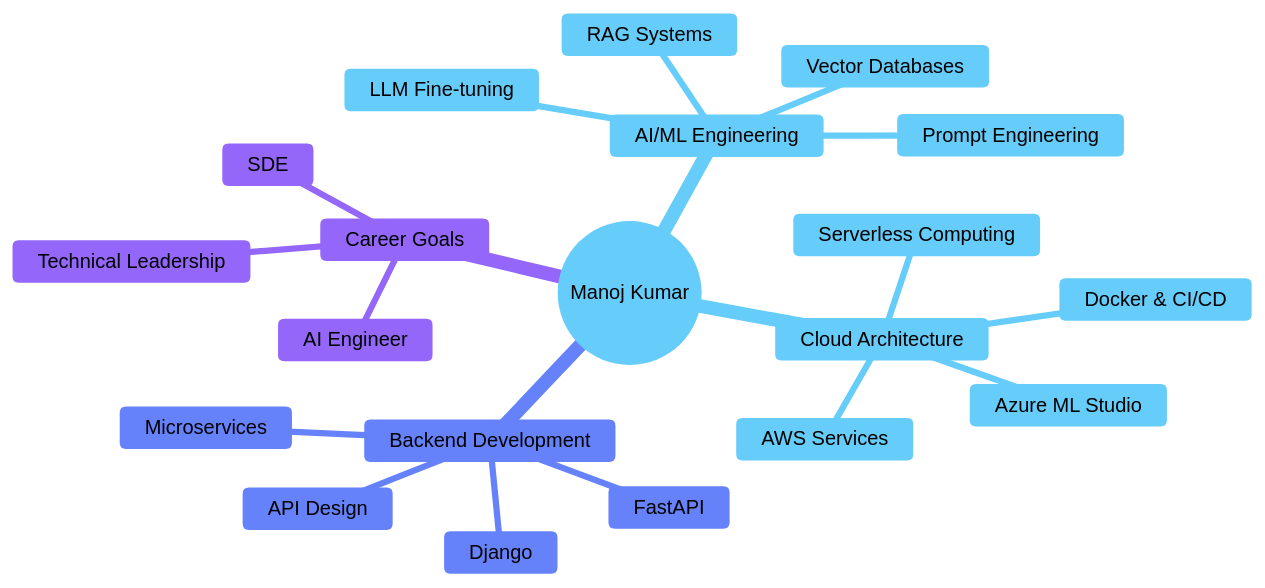
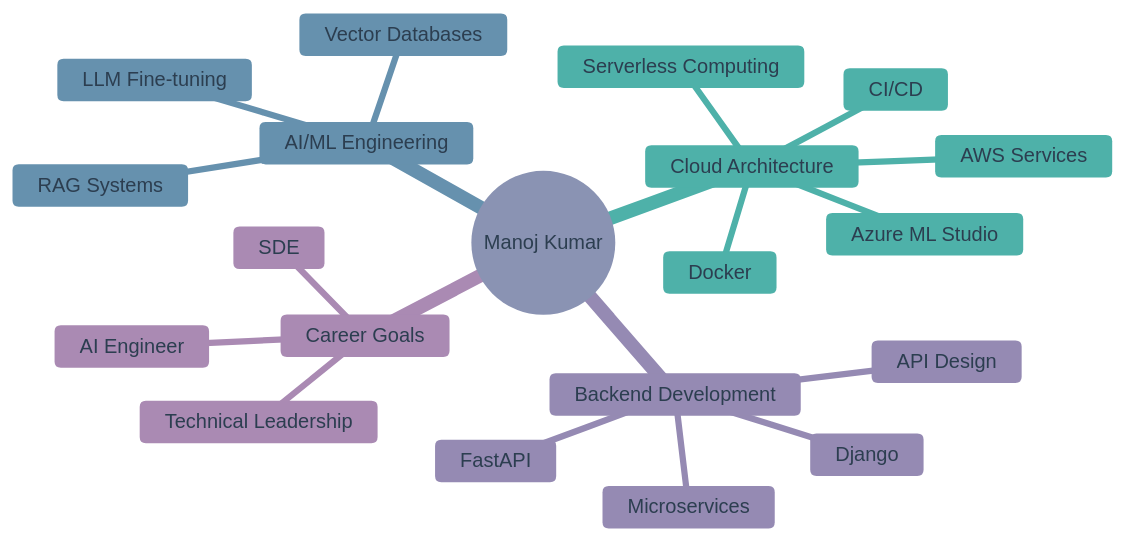
One commit to manojkp08/manojkp08 changed the diagram in README.md. Above: the diagram before and after it, drawn with Mermaid.

````diff
--- a/README.md
+++ b/README.md
@@ -252,25 +252,38 @@
 ```mermaid
 mindmap
   root((Manoj Kumar))
     AI/ML Engineering
       RAG Systems
       LLM Fine-tuning
       Vector Databases
-      Prompt Engineering
     Cloud Architecture
       AWS Services
       Azure ML Studio
-      Docker & CI/CD
+      Docker
+      CI/CD
       Serverless Computing
     Backend Development
       FastAPI
       Django
       Microservices
       API Design
     Career Goals
       AI Engineer
       SDE
       Technical Leadership
 
-%%{init: {'theme':'base', 'themeVariables': { 'primaryColor':'#e1f5fe','primaryTextColor':'#000000','primaryBorderColor':'#0288d1','lineColor':'#0288d1','secondaryColor':'#e1f5fe','secondaryTextColor':'#000000','secondaryBorderColor':'#0288d1','tertiaryColor':'#e1f5fe','tertiaryTextColor':'#000000','tertiaryBorderColor':'#0288d1','noteBkgColor':'#e1f5fe','noteTextColor':'#000000','noteBorderColor':'#0277bd'}}}%%
+%%{init: {'theme':'base', 'themeVariables': { 
+  'primaryColor': '#D7DAE5',
+  'primaryTextColor': '#2C3E50',
+  'primaryBorderColor': '#8EAF9D',
+  'lineColor': '#A6D8D4',
+  'secondaryColor': '#B9CDDA',
+  'secondaryTextColor': '#2C3E50',
+  'secondaryBorderColor': '#8EAF9D',
+  'tertiaryColor': '#A6D8D4',
+  'tertiaryTextColor': '#2C3E50',
+  'tertiaryBorderColor': '#8EAF9D',
+  'nodeBorder': '#8EAF9D',
+  'nodeTextColor': '#2C3E50'
+}}}%%
 ```
````
